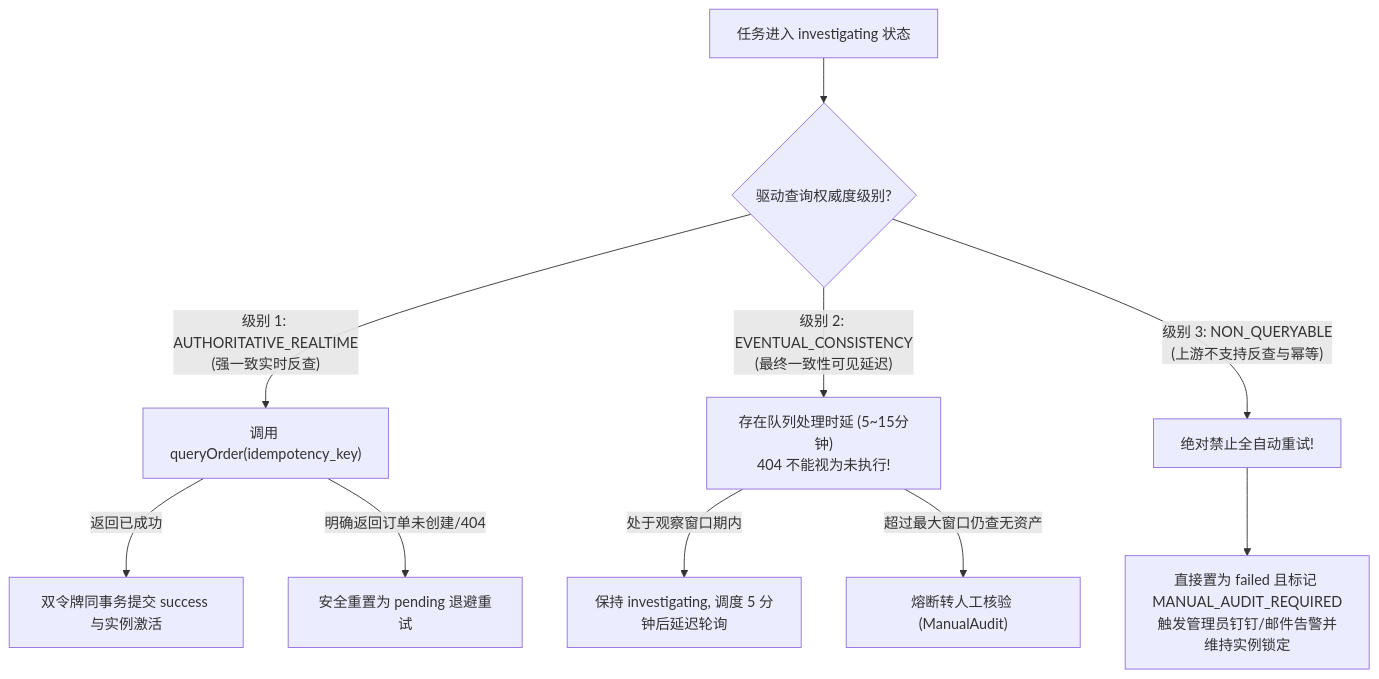
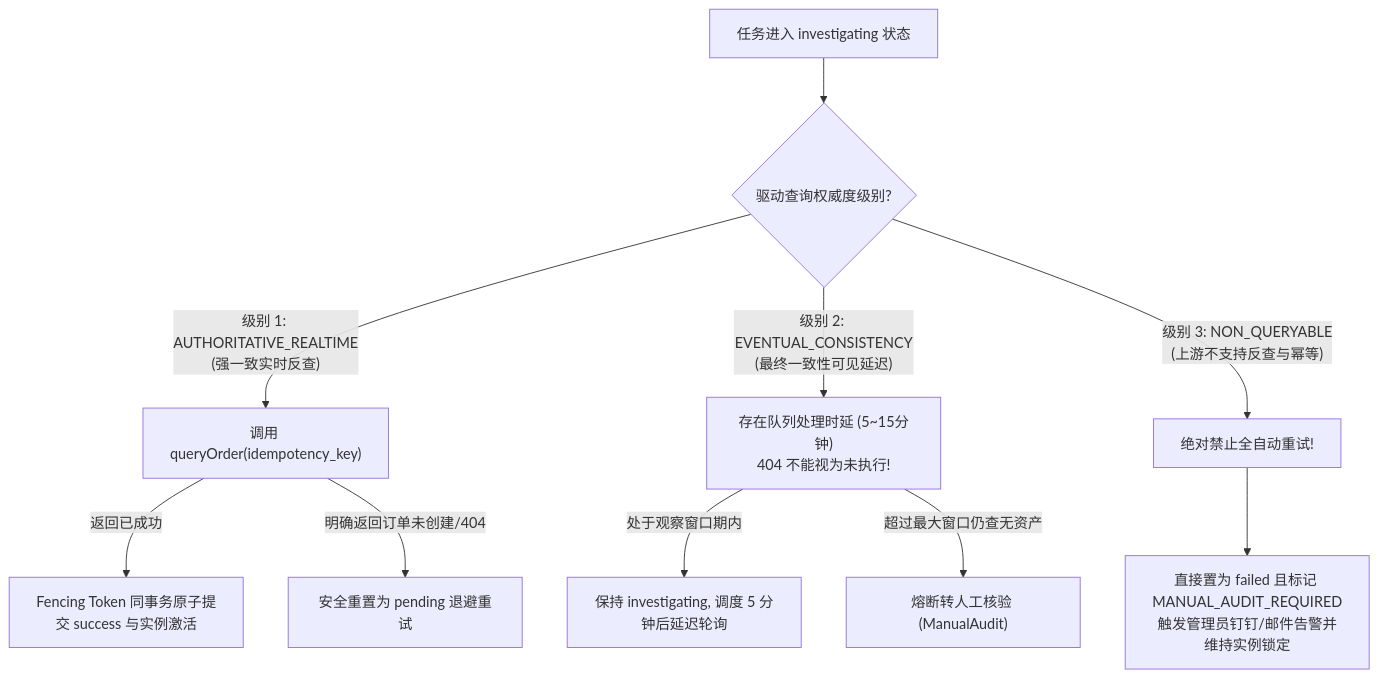
Before and after one commit to QAQ000000/idc: the diagram in docs/TASKS_OUTBOX.md, drawn with Mermaid. The commit also changed other lines of this file and 9 other files, not shown here.

Commit message:
refactor(spec): streamline architecture, drop ECA bloat and adopt task-as-lock

````diff
--- a/docs/TASKS_OUTBOX.md
+++ b/docs/TASKS_OUTBOX.md
@@ -122,15 +124,15 @@
 ```mermaid
 flowchart TD
     Inv["任务进入 investigating 状态"] --> QA{"驱动查询权威度级别?"}
     
     QA -- "级别 1: AUTHORITATIVE_REALTIME<br/>(强一致实时反查)" --> Q1["调用 queryOrder(idempotency_key)"]
-    Q1 -- "返回已成功" --> Win1["双令牌同事务提交 success 与实例激活"]
+    Q1 -- "返回已成功" --> Win1["Fencing Token 同事务原子提交 success 与实例激活"]
     Q1 -- "明确返回订单未创建/404" --> SafeRetry["安全重置为 pending 退避重试"]
     
     QA -- "级别 2: EVENTUAL_CONSISTENCY<br/>(最终一致性可见延迟)" --> Q2["存在队列处理时延 (5~15分钟)<br/>404 不能视为未执行!"]
     Q2 -- "处于观察窗口期内" --> WaitPoll["保持 investigating, 调度 5 分钟后延迟轮询"]
     Q2 -- "超过最大窗口仍查无资产" --> Manual1["熔断转人工核验 (ManualAudit)"]
     
     QA -- "级别 3: NON_QUERYABLE<br/>(上游不支持反查与幂等)" --> Q3["绝对禁止全自动重试!"]
     Q3 --> Manual2["直接置为 failed 且标记 MANUAL_AUDIT_REQUIRED<br/>触发管理员钉钉/邮件告警并维持实例锁定"]
 ```
````
